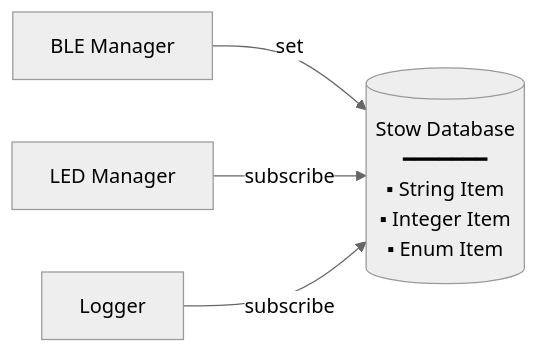
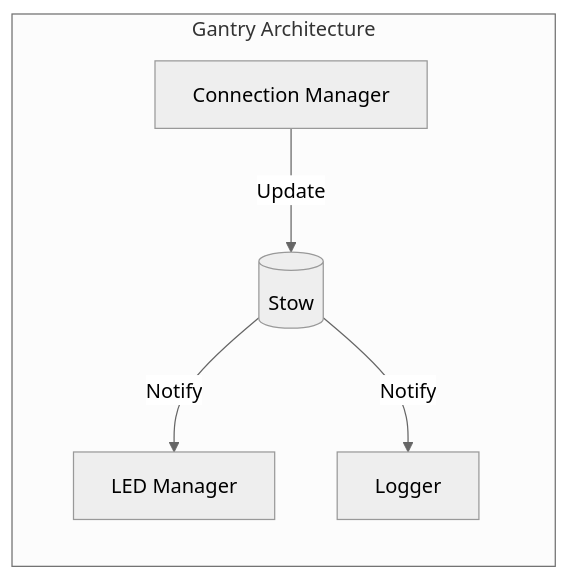
One commit to Demizo/Gantry changed the third of 4 diagrams in docs/source/stow/index.rst. Above: the diagram before and after it, drawn with Mermaid. The commit also changed other lines of this file and 1 other file, not shown here.

Commit message:
docs: add a stow learning resource

```diff
--- a/docs/source/stow/index.rst
+++ b/docs/source/stow/index.rst
@@ -28,11 +71,9 @@
 .. mermaid::
 
-    %%{init: {"theme": "neutral"}}%%
-    graph LR
-        %% Internal Modules
-        BLE["BLE Manager"] -->|set| Stow
-        LED["LED Manager"] -->|subscribe| Stow
-        Logger["Logger"] -->|subscribe| Stow
-
-        %% The Central Core with Items Inside
-        Stow[("Stow Database<br>━━━━━━━<br>▪ String Item<br>▪ Integer Item<br>▪ Enum Item")]
+   %%{init: {"theme": "neutral"}}%%
+   graph LR
+    subgraph Gantry Architecture
+       CM["Connection Manager"] -->|Update| Stow[("Stow")]
+       Stow --> |Notify| LED["LED Manager"]
+       Stow --> |Notify| Logger["Logger"]
+    end
```
